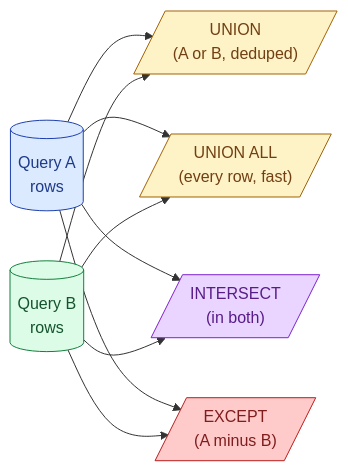
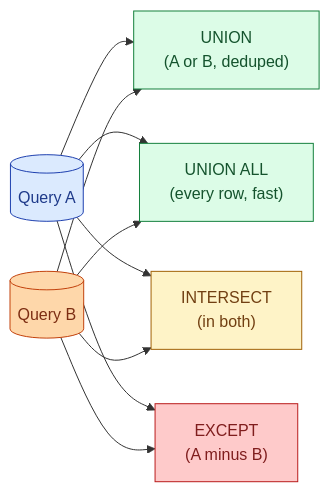
The first of 2 diagrams in _de_concepts/006-set-operations.md (shiningflash/shiningflash.github.io), drawn with Mermaid before and after one commit. The commit also changed other lines of this file and 5 other files, not shown here.

````diff
--- a/_de_concepts/006-set-operations.md
+++ b/_de_concepts/006-set-operations.md
@@ -12,19 +16,19 @@
 ```mermaid
 flowchart LR
-    A[("Query A<br/>rows")]:::a
-    B[("Query B<br/>rows")]:::b
-    A --> U[/"UNION<br/>(A or B, deduped)"/]:::g
-    A --> UA[/"UNION ALL<br/>(every row, fast)"/]:::g
-    A --> I[/"INTERSECT<br/>(in both)"/]:::y
-    A --> E[/"EXCEPT<br/>(A minus B)"/]:::r
+    A[("Query A")]:::a
+    B[("Query B")]:::b
+    A --> U["UNION<br/>(A or B, deduped)"]:::g
+    A --> UA["UNION ALL<br/>(every row, fast)"]:::g
+    A --> I["INTERSECT<br/>(in both)"]:::y
+    A --> E["EXCEPT<br/>(A minus B)"]:::r
     B --> U
     B --> UA
     B --> I
     B --> E
 
     classDef a fill:#dbeafe,stroke:#1e40af,color:#1e3a8a
-    classDef b fill:#dcfce7,stroke:#15803d,color:#14532d
-    classDef g fill:#fef3c7,stroke:#a16207,color:#713f12
-    classDef y fill:#e9d5ff,stroke:#7e22ce,color:#581c87
+    classDef b fill:#fed7aa,stroke:#c2410c,color:#7c2d12
+    classDef g fill:#dcfce7,stroke:#15803d,color:#14532d
+    classDef y fill:#fef3c7,stroke:#a16207,color:#713f12
     classDef r fill:#fecaca,stroke:#b91c1c,color:#7f1d1d
 ```
````
